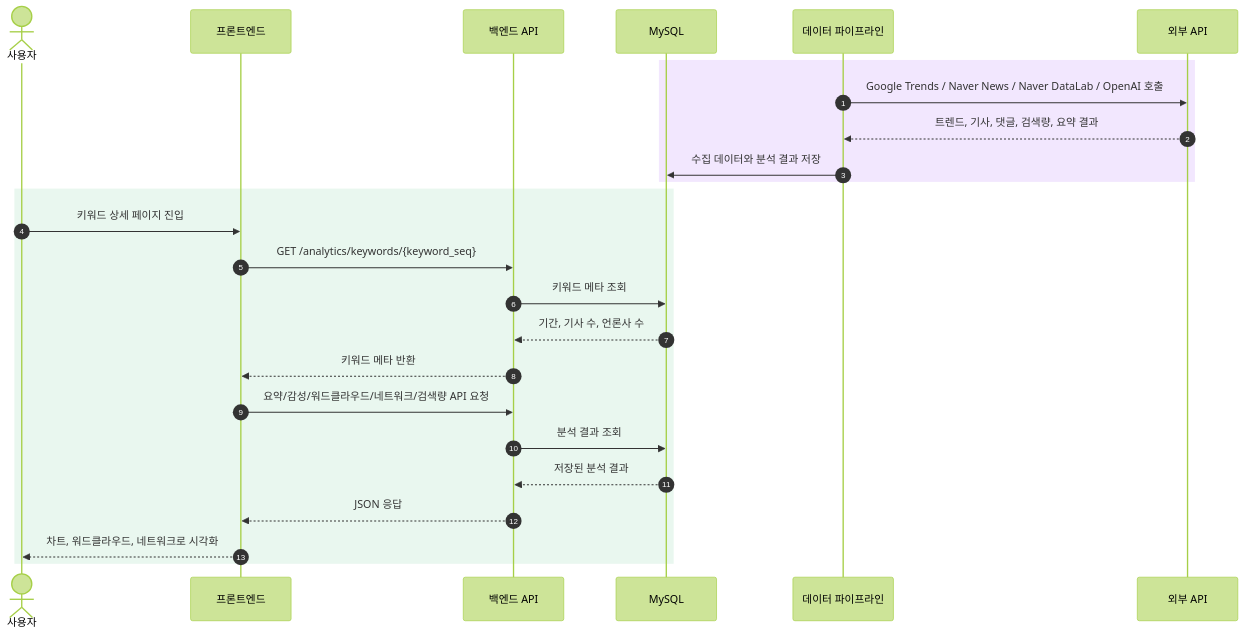
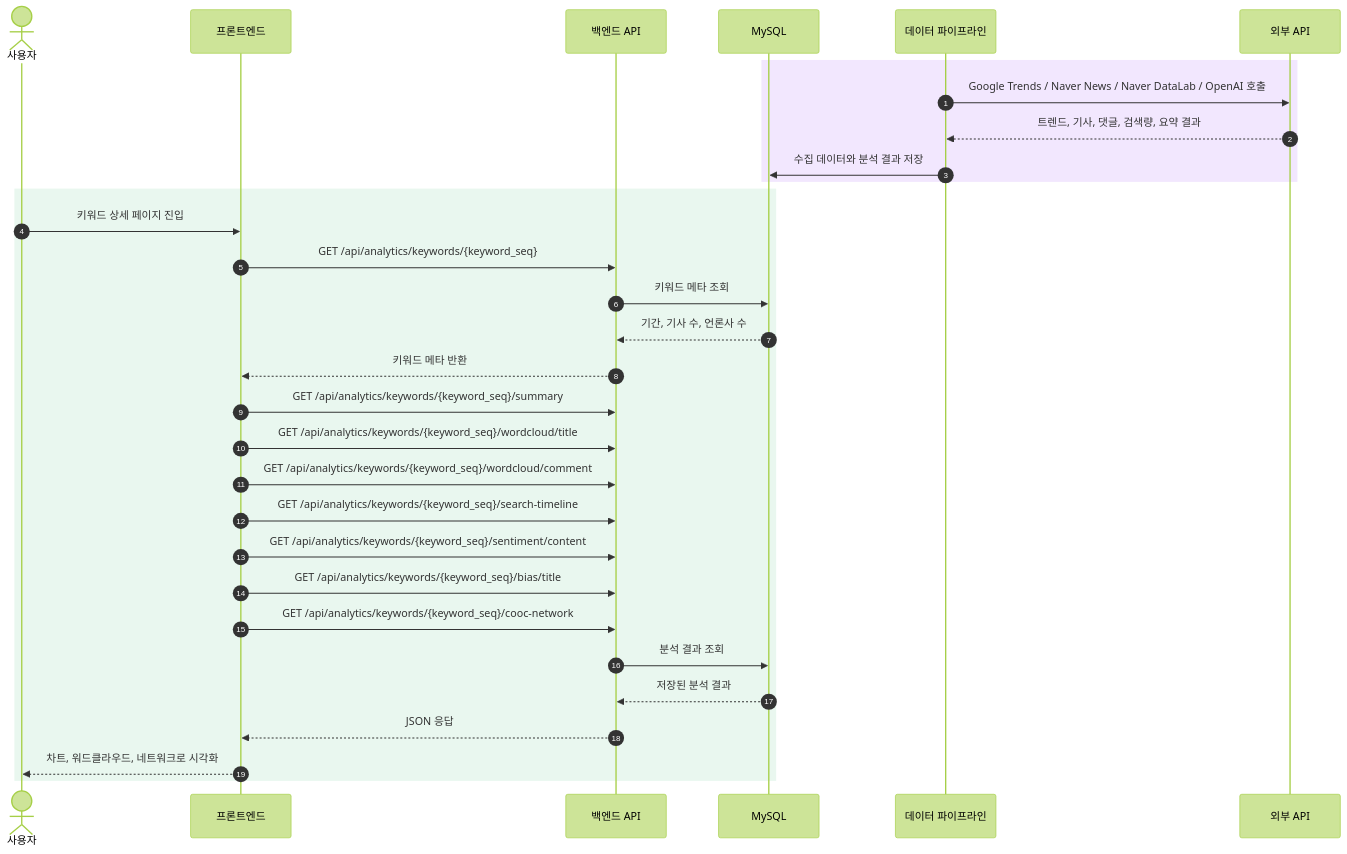
Before and after one commit to sssat/graduation-project: the fourth of 5 diagrams in docs/architecture-draft.md, drawn with Mermaid (forest theme). The commit also changed other lines of this file and 1 other file, not shown here.

````diff
--- a/docs/architecture-draft.md
+++ b/docs/architecture-draft.md
@@ -182,30 +193,36 @@
 ```mermaid
 sequenceDiagram
   autonumber
   actor U as 사용자
   participant F as 프론트엔드
   participant B as 백엔드 API
   participant D as MySQL
   participant P as 데이터 파이프라인
   participant E as 외부 API
 
   rect rgb(242, 231, 254)
   P->>E: Google Trends / Naver News / Naver DataLab / OpenAI 호출
   E-->>P: 트렌드, 기사, 댓글, 검색량, 요약 결과
   P->>D: 수집 데이터와 분석 결과 저장
   end
 
   rect rgb(233, 247, 239)
   U->>F: 키워드 상세 페이지 진입
-  F->>B: GET /analytics/keywords/{keyword_seq}
+  F->>B: GET /api/analytics/keywords/{keyword_seq}
   B->>D: 키워드 메타 조회
   D-->>B: 기간, 기사 수, 언론사 수
   B-->>F: 키워드 메타 반환
 
-  F->>B: 요약/감성/워드클라우드/네트워크/검색량 API 요청
+  F->>B: GET /api/analytics/keywords/{keyword_seq}/summary
+  F->>B: GET /api/analytics/keywords/{keyword_seq}/wordcloud/title
+  F->>B: GET /api/analytics/keywords/{keyword_seq}/wordcloud/comment
+  F->>B: GET /api/analytics/keywords/{keyword_seq}/search-timeline
+  F->>B: GET /api/analytics/keywords/{keyword_seq}/sentiment/content
+  F->>B: GET /api/analytics/keywords/{keyword_seq}/bias/title
+  F->>B: GET /api/analytics/keywords/{keyword_seq}/cooc-network
   B->>D: 분석 결과 조회
   D-->>B: 저장된 분석 결과
   B-->>F: JSON 응답
   F-->>U: 차트, 워드클라우드, 네트워크로 시각화
   end
 ```
````
